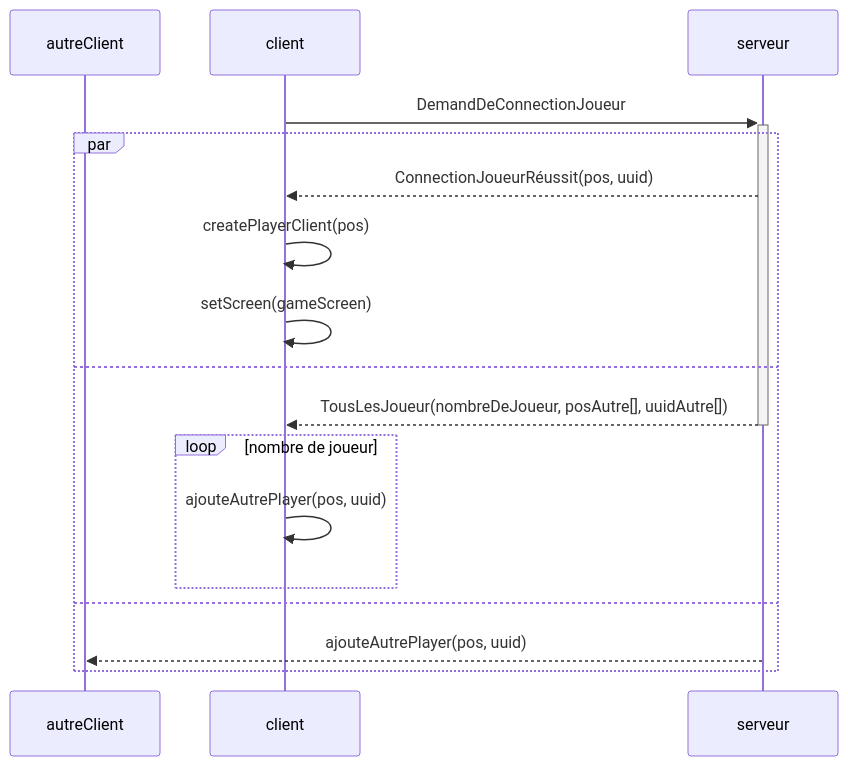
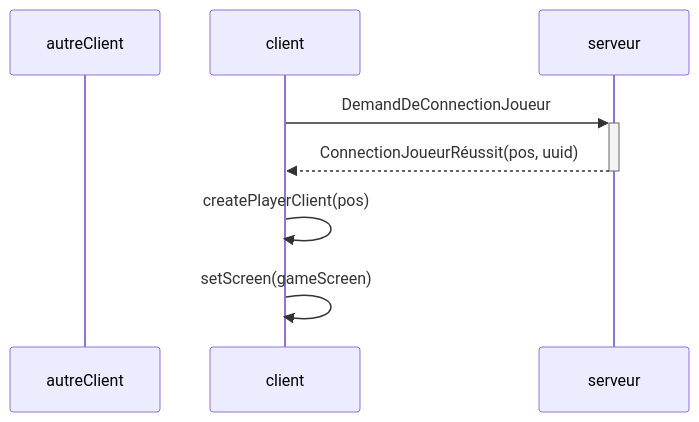
The diagram in communs/src/ch.realmtechCommuns/packet/connectionJoueur.md (FabienChatton/RealmTech), drawn with Mermaid before and after one commit. The commit also changed 26 other files, not shown here.

````diff
--- a/communs/src/ch.realmtechCommuns/packet/connectionJoueur.md
+++ b/communs/src/ch.realmtechCommuns/packet/connectionJoueur.md
@@ -1,20 +1,11 @@
 ```mermaid
 sequenceDiagram
     participant autreClient
     participant client
     participant serveur
 
     client ->>+ serveur: DemandDeConnectionJoueur
-    par
-        serveur -->> client: ConnectionJoueurRéussit(pos, uuid)
-        client ->> client: createPlayerClient(pos)
-        client ->> client: setScreen(gameScreen)
-    and
-        serveur -->>- client: TousLesJoueur(nombreDeJoueur, posAutre[], uuidAutre[])
-        loop nombre de joueur
-            client ->> client: ajouteAutrePlayer(pos, uuid)
-        end
-    and
-        serveur -->> autreClient: ajouteAutrePlayer(pos, uuid)
-    end
+    serveur -->>- client: ConnectionJoueurRéussit(pos, uuid)
+    client ->> client: createPlayerClient(pos)
+    client ->> client: setScreen(gameScreen)
 ```
````
